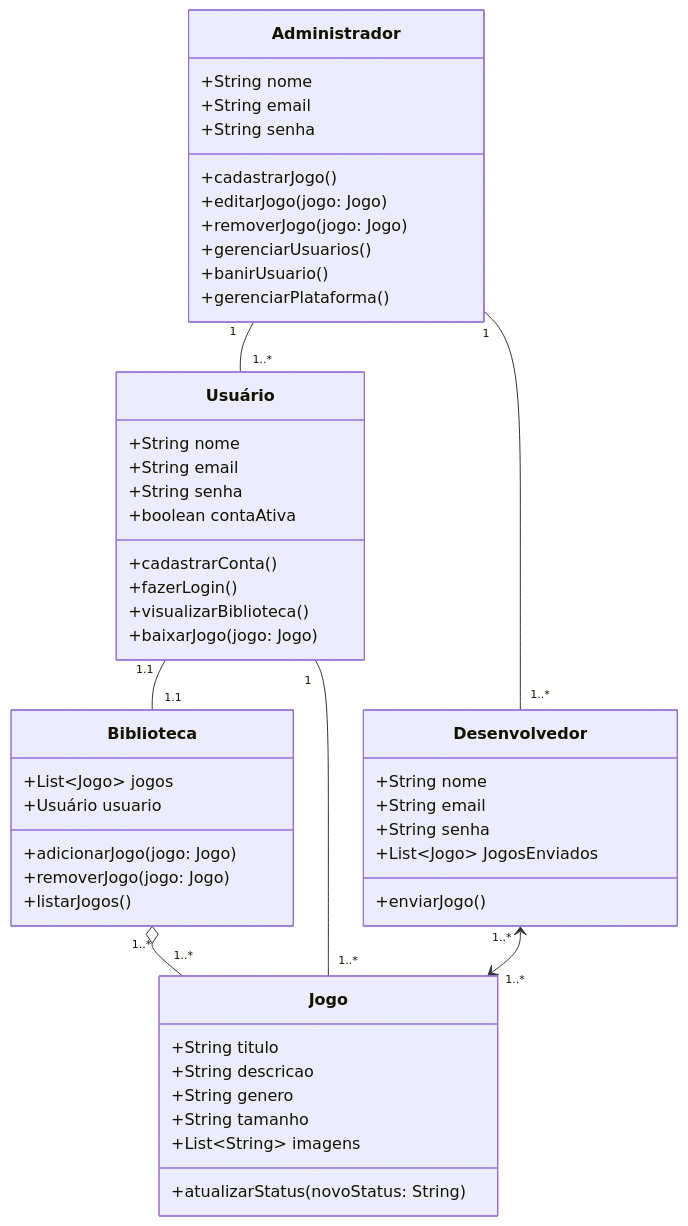
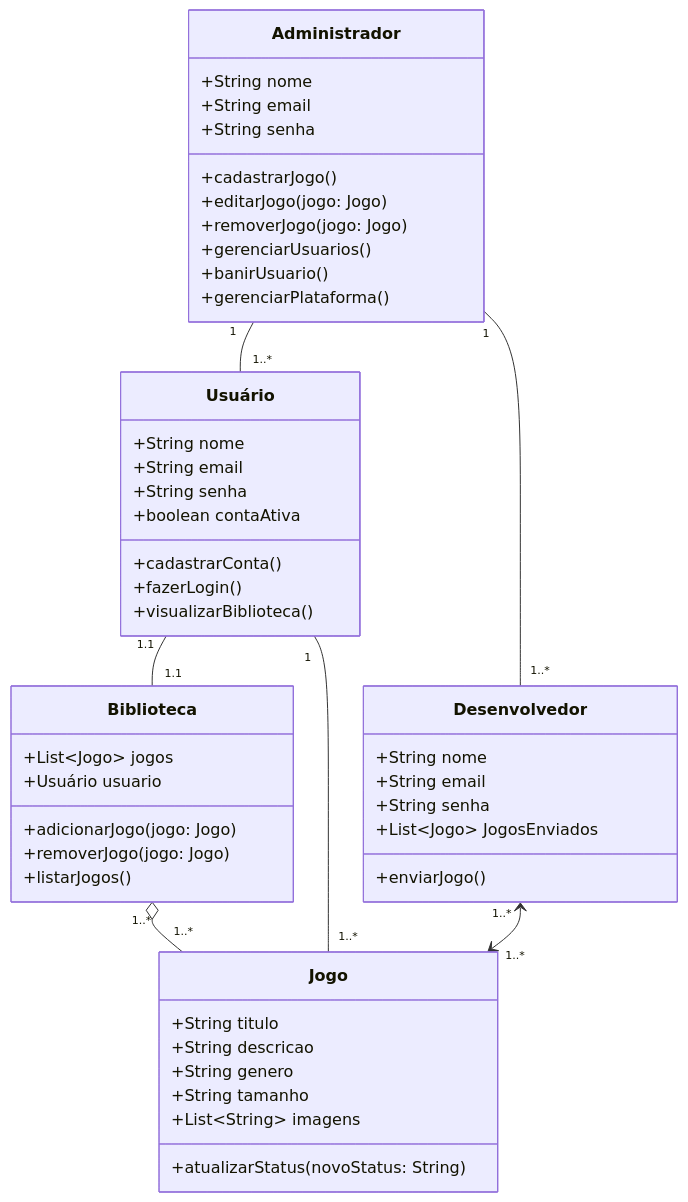
Before and after one commit to GuilhermeXavier08/mythic: the second of 3 diagrams in README.md, drawn with Mermaid. The commit also changed other lines of this file, not shown here.

````diff
--- a/README.md
+++ b/README.md
@@ -64,59 +64,58 @@
 ```mermaid
 classDiagram
 
     class Jogo {
         +String titulo
         +String descricao
         +String genero
         +String tamanho
         +List~String~ imagens
         +atualizarStatus(novoStatus: String)
     }
 
     class Desenvolvedor {
         +String nome
         +String email
         +String senha
         +List~Jogo~ JogosEnviados
         +enviarJogo()
     }
 
     class Usuário {
         +String nome
         +String email
         +String senha
         +boolean contaAtiva
         +cadastrarConta()
         +fazerLogin()
         +visualizarBiblioteca()
-        +baixarJogo(jogo: Jogo)
     }
 
     class Biblioteca {
         +List~Jogo~ jogos
         +Usuário usuario
         +adicionarJogo(jogo: Jogo)
         +removerJogo(jogo: Jogo)
         +listarJogos()
     }
 
     class Administrador {
         +String nome
         +String email
         +String senha
         +cadastrarJogo()
         +editarJogo(jogo: Jogo)
         +removerJogo(jogo: Jogo)
         +gerenciarUsuarios()
         +banirUsuario()
         +gerenciarPlataforma()
     }
 
     %% Relacionamentos da foto
     Usuário "1.1" -- "1.1" Biblioteca
     Biblioteca "1..*" o-- "1..*" Jogo
     Usuário "1" -- "1..*" Jogo
     Desenvolvedor "1..*" <--> "1..*" Jogo
     Administrador "1" -- "1..*" Desenvolvedor
     Administrador "1" -- "1..*" Usuário
 ```
````
